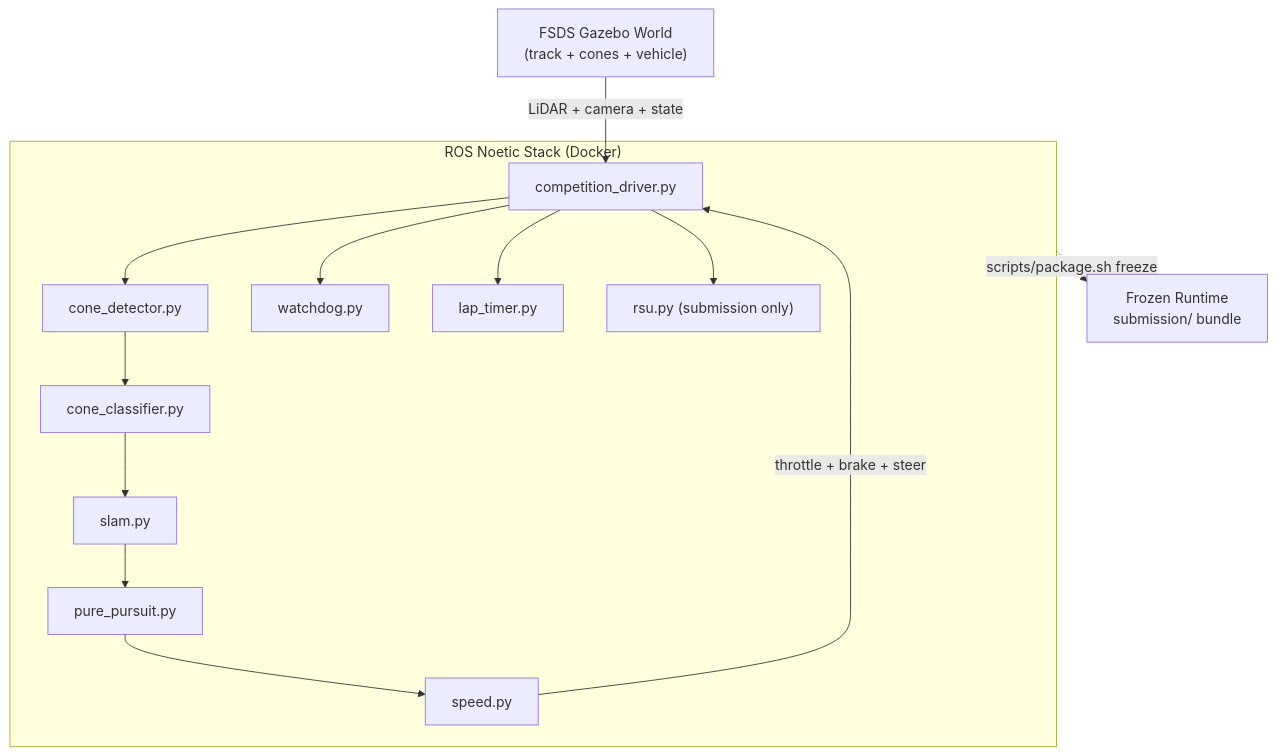
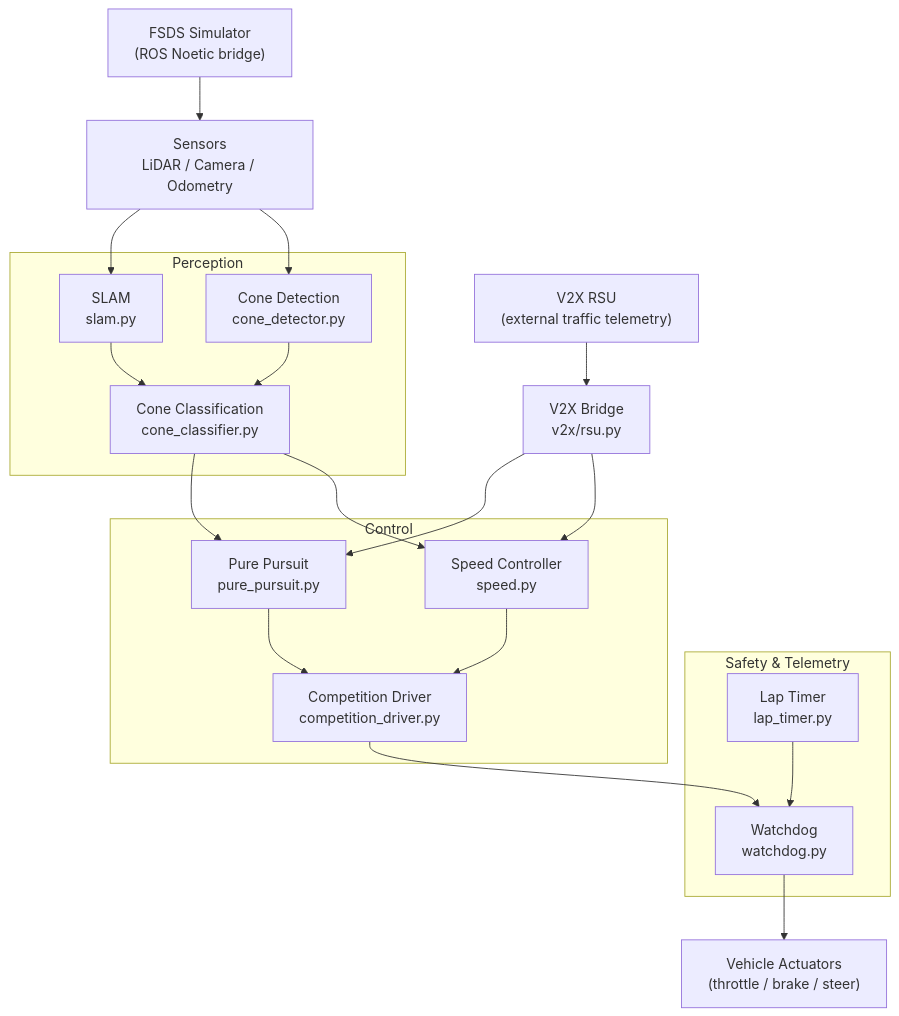
The diagram in README.md (jclee941/hycu_fsds), drawn with Mermaid before and after one commit. The commit also changed other lines of this file, not shown here.

````diff
--- a/README.md
+++ b/README.md
@@ -70,30 +66,42 @@
 ```mermaid
 flowchart TB
-    World["FSDS Gazebo World<br/>(track + cones + vehicle)"]
+    SIM["FSDS Simulator<br/>(ROS Noetic bridge)"]
+    RSU["V2X RSU<br/>(external traffic telemetry)"]
+    SENS["Sensors<br/>LiDAR / Camera / Odometry"]
 
-    subgraph Stack["ROS Noetic Stack (Docker)"]
-        Driver["competition_driver.py"]
-        CD["cone_detector.py"]
-        CC["cone_classifier.py"]
-        SLAM["slam.py"]
-        PP["pure_pursuit.py"]
-        SP["speed.py"]
-        WD["watchdog.py"]
-        LT["lap_timer.py"]
-        RSU["rsu.py (submission only)"]
+    subgraph PERC["Perception"]
+        SLAM["SLAM<br/>slam.py"]
+        DET["Cone Detection<br/>cone_detector.py"]
+        CLS["Cone Classification<br/>cone_classifier.py"]
     end
 
-    Frozen["Frozen Runtime<br/>submission/ bundle"]
+    subgraph SAFE["Safety &amp; Telemetry"]
+        WD["Watchdog<br/>watchdog.py"]
+        LT["Lap Timer<br/>lap_timer.py"]
+    end
 
-    World -->|"LiDAR + camera + state"| Driver
-    Driver --> CD
-    CD --> CC
-    CC --> SLAM
-    SLAM --> PP
-    PP --> SP
-    SP -->|"throttle + brake + steer"| Driver
-    Driver --> WD
-    Driver --> LT
-    Driver --> RSU
-    Stack -. "scripts/package.sh freeze" .-> Frozen
+    subgraph CTRL["Control"]
+        PP["Pure Pursuit<br/>pure_pursuit.py"]
+        SPD["Speed Controller<br/>speed.py"]
+        DRV["Competition Driver<br/>competition_driver.py"]
+    end
+
+    V2X["V2X Bridge<br/>v2x/rsu.py"]
+    ACT["Vehicle Actuators<br/>(throttle / brake / steer)"]
+
+    SIM --> SENS
+    SENS --> SLAM
+    SENS --> DET
+    SLAM --> CLS
+    DET --> CLS
+    RSU --> V2X
+    V2X --> PP
+    V2X --> SPD
+    CLS --> PP
+    CLS --> SPD
+    PP --> DRV
+    SPD --> DRV
+    DRV --> WD
+    LT --> WD
+    WD --> ACT
 ```
````
